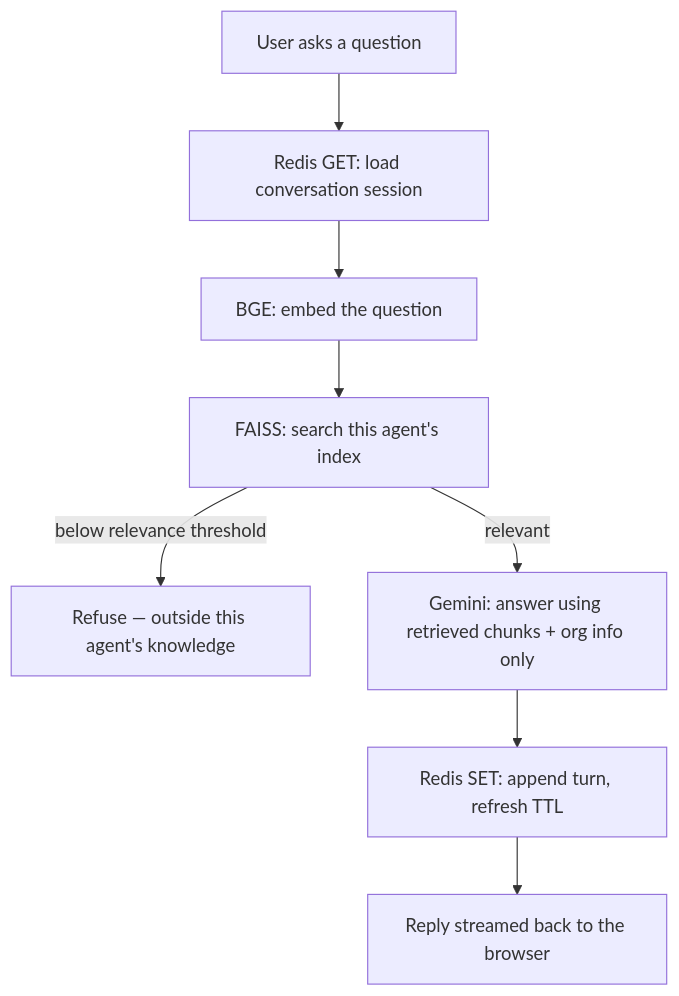
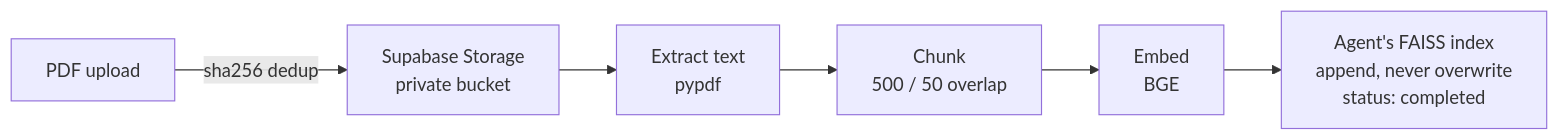
Before and after one commit to probin-dhakal/call-e-chatbot: the second of 3 diagrams in README.md, drawn with Mermaid. The commit also changed other lines of this file, not shown here.

````diff
--- a/README.md
+++ b/README.md
@@ -29,10 +222,8 @@
 ```mermaid
-graph TD
-A[User asks a question] --> B[Redis GET: load conversation session]
-B --> C[BGE: embed the question]
-C --> D[FAISS: search this agent's index]
-D -->|below relevance threshold| E[Refuse — outside this agent's knowledge]
-D -->|relevant| F[Gemini: answer using retrieved chunks + org info only]
-F --> G[Redis SET: append turn, refresh TTL]
-G --> H[Reply streamed back to the browser]
+graph LR
+    A[PDF upload] -->|sha256 dedup| B[Supabase Storage<br/>private bucket]
+    B --> C[Extract text<br/>pypdf]
+    C --> D[Chunk<br/>500 / 50 overlap]
+    D --> E[Embed<br/>BGE]
+    E --> F[Agent's FAISS index<br/>append, never overwrite<br/>status: completed]
 ```
````
